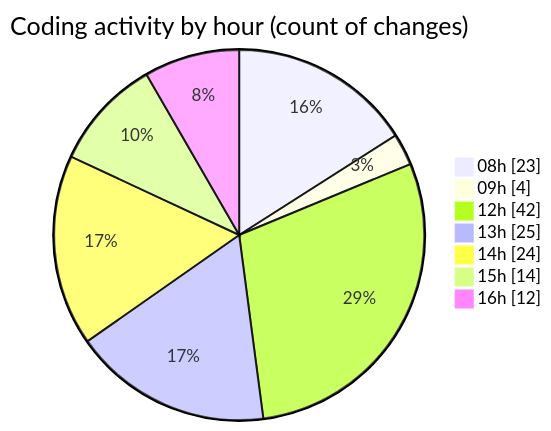
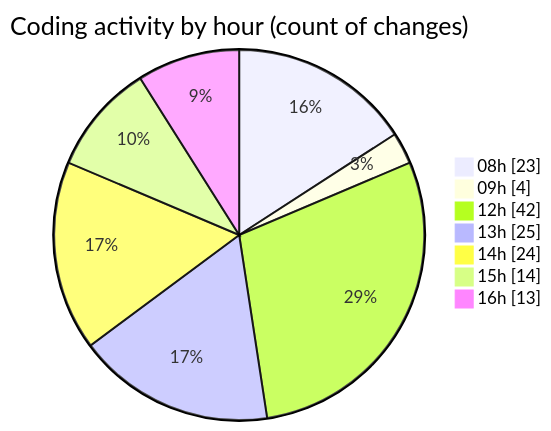
The second of 2 diagrams in 2026-06-02/cda/README.md (momahboobian/code-tracking), drawn with Mermaid before and after one commit. The commit also changed other lines of this file and 1 other file, not shown here.

````diff
--- a/2026-06-02/cda/README.md
+++ b/2026-06-02/cda/README.md
@@ -84,11 +84,11 @@
 ```mermaid
 pie showData
 title Coding activity by hour (count of changes)
 "08h" : 23
 "09h" : 4
 "12h" : 42
 "13h" : 25
 "14h" : 24
 "15h" : 14
-"16h" : 12
+"16h" : 13
 ```
````
